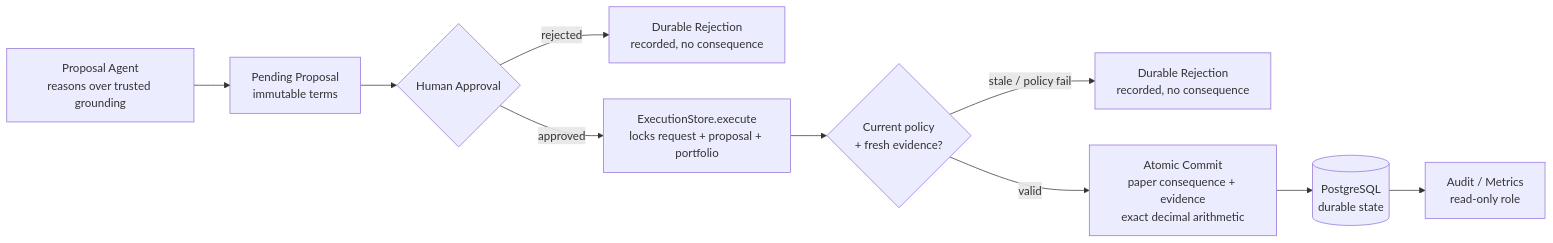
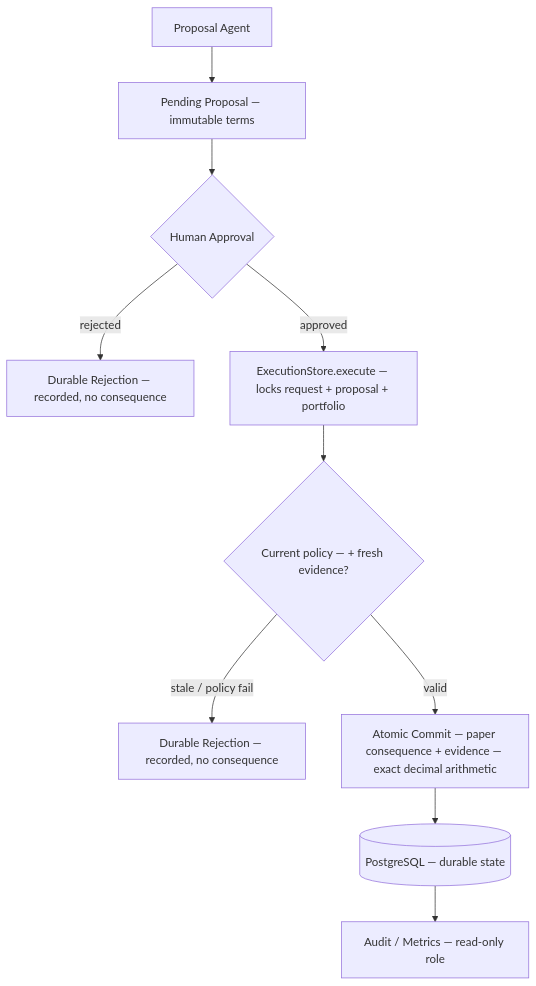
Before and after one commit to TAM-DS/monster-heavy: the first of 2 diagrams in README.md, drawn with Mermaid. The commit also changed other lines of this file and 5 other files, not shown here.

First line of the commit message:
Return explicit audit outages and strengthen the review evidence (#8)

````diff
--- a/README.md
+++ b/README.md
@@ -12,12 +44,12 @@
 ```mermaid
-flowchart LR
-    A[Proposal Agent<br/>reasons over trusted grounding] --> B[Pending Proposal<br/>immutable terms]
+flowchart TD
+    A["Proposal Agent"] --> B[Pending Proposal — immutable terms]
     B --> C{Human Approval}
-    C -- rejected --> R1[Durable Rejection<br/>recorded, no consequence]
-    C -- approved --> D["ExecutionStore.execute<br/>locks request + proposal + portfolio"]
-    D --> E{"Current policy<br/>+ fresh evidence?"}
-    E -- stale / policy fail --> R2[Durable Rejection<br/>recorded, no consequence]
-    E -- valid --> F["Atomic Commit<br/>paper consequence + evidence<br/>exact decimal arithmetic"]
-    F --> G[(PostgreSQL<br/>durable state)]
-    G --> H[Audit / Metrics<br/>read-only role]
+    C -- rejected --> R1[Durable Rejection — recorded, no consequence]
+    C -- approved --> D["ExecutionStore.execute — locks request + proposal + portfolio"]
+    D --> E{"Current policy — + fresh evidence?"}
+    E -- stale / policy fail --> R2[Durable Rejection — recorded, no consequence]
+    E -- valid --> F["Atomic Commit — paper consequence + evidence — exact decimal arithmetic"]
+    F --> G[(PostgreSQL — durable state)]
+    G --> H[Audit / Metrics — read-only role]
 ```
````
